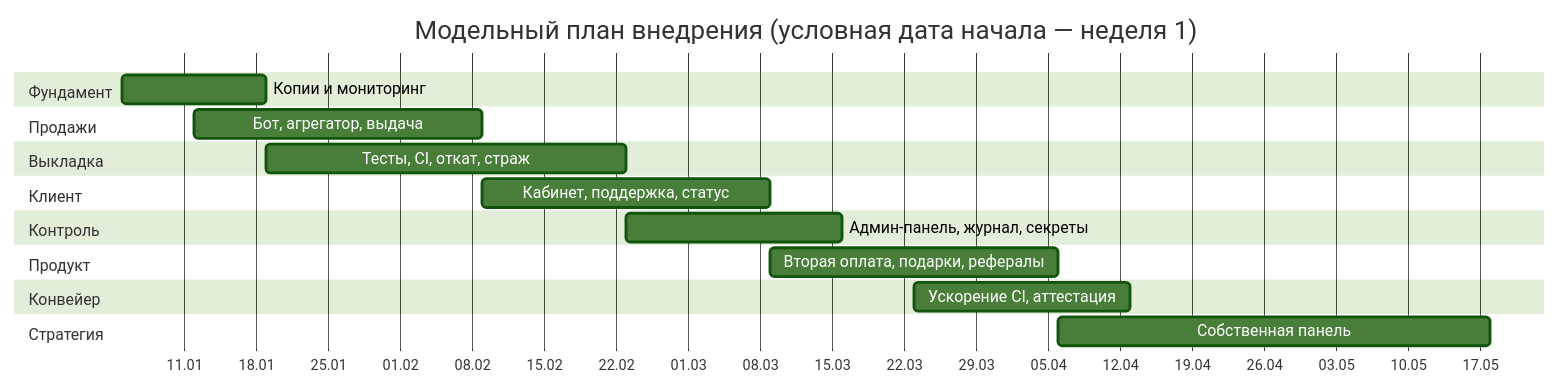
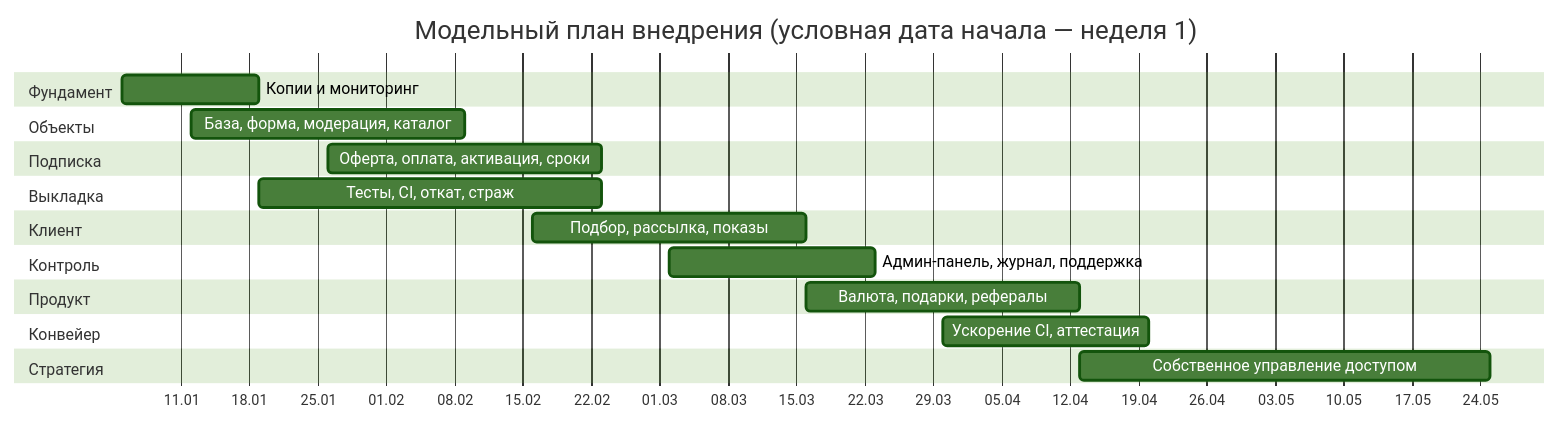
One commit to Dv2Corn/kursovaya changed the first of 4 diagrams in docs/05-vnedrenie.md. Above: the diagram before and after it, drawn with Mermaid (forest theme). The commit also changed other lines of this file and 5 other files, not shown here.

````diff
--- a/docs/05-vnedrenie.md
+++ b/docs/05-vnedrenie.md
@@ -22,22 +25,24 @@
 ```mermaid
 gantt
     title Модельный план внедрения (условная дата начала — неделя 1)
     dateFormat  YYYY-MM-DD
     axisFormat  %d.%m
     section Фундамент
     Копии и мониторинг               :a0, 2026-01-05, 14d
-    section Продажи
-    Бот, агрегатор, выдача           :a1, 2026-01-12, 28d
+    section Объекты
+    База, форма, модерация, каталог  :a1, 2026-01-12, 28d
+    section Подписка
+    Оферта, оплата, активация, сроки :a2, 2026-01-26, 28d
     section Выкладка
-    Тесты, CI, откат, страж          :a2, 2026-01-19, 35d
+    Тесты, CI, откат, страж          :a3, 2026-01-19, 35d
     section Клиент
-    Кабинет, поддержка, статус       :a3, 2026-02-09, 28d
+    Подбор, рассылка, показы         :a4, 2026-02-16, 28d
     section Контроль
-    Админ-панель, журнал, секреты    :a4, 2026-02-23, 21d
+    Админ-панель, журнал, поддержка  :a5, 2026-03-02, 21d
     section Продукт
-    Вторая оплата, подарки, рефералы :a5, 2026-03-09, 28d
+    Валюта, подарки, рефералы        :a6, 2026-03-16, 28d
     section Конвейер
-    Ускорение CI, аттестация         :a6, 2026-03-23, 21d
+    Ускорение CI, аттестация         :a7, 2026-03-30, 21d
     section Стратегия
-    Собственная панель               :a7, 2026-04-06, 42d
+    Собственное управление доступом  :a8, 2026-04-13, 42d
 ```
````
